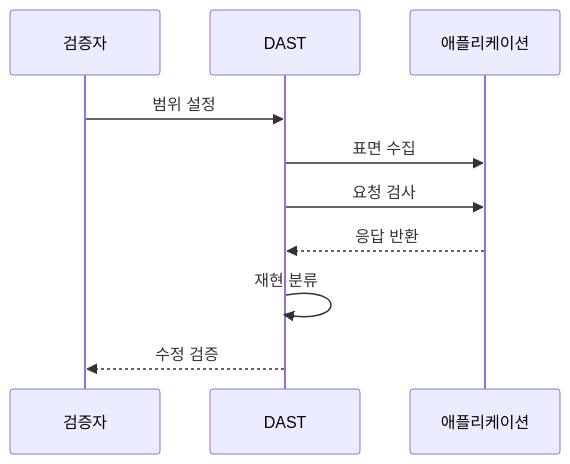
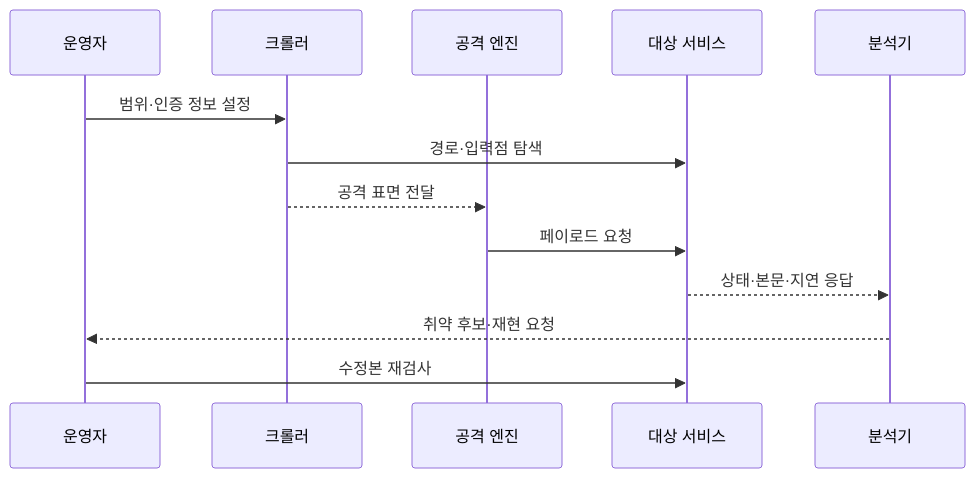
One commit to agnusdei1207/knowledge-base changed the second of 2 diagrams in src/content/docs/notes/03-software/068_dynamic_application_security_testing.md. Above: the diagram before and after it, drawn with Mermaid. The commit also changed other lines of this file and 7 other files, not shown here.

````diff
--- a/src/content/docs/notes/03-software/068_dynamic_application_security_testing.md
+++ b/src/content/docs/notes/03-software/068_dynamic_application_security_testing.md
@@ -87,12 +80,15 @@
 ```mermaid
 sequenceDiagram
-    participant T as 검증자
-    participant D as DAST
-    participant A as 애플리케이션
-    T->>D: 범위 설정
-    D->>A: 표면 수집
-    D->>A: 요청 검사
-    A-->>D: 응답 반환
-    D->>D: 재현 분류
-    D-->>T: 수정 검증
+    participant O as 운영자
+    participant C as 크롤러
+    participant A as 공격 엔진
+    participant T as 대상 서비스
+    participant R as 분석기
+    O->>C: 범위·인증 정보 설정
+    C->>T: 경로·입력점 탐색
+    C-->>A: 공격 표면 전달
+    A->>T: 페이로드 요청
+    T-->>R: 상태·본문·지연 응답
+    R-->>O: 취약 후보·재현 요청
+    O->>T: 수정본 재검사
 ```
````
